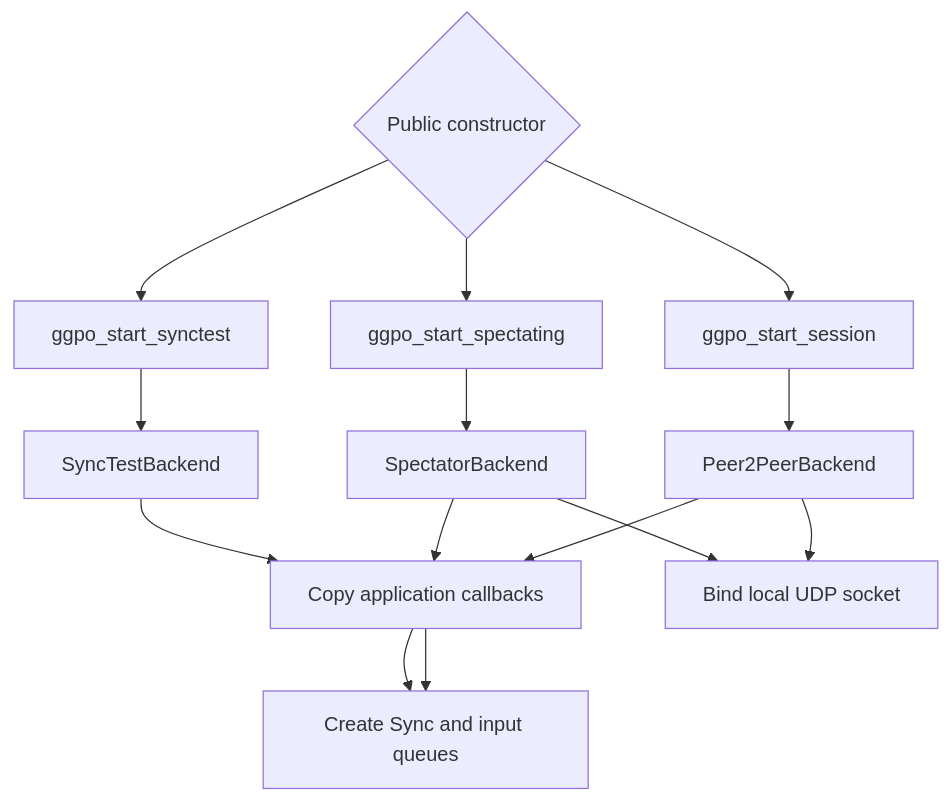
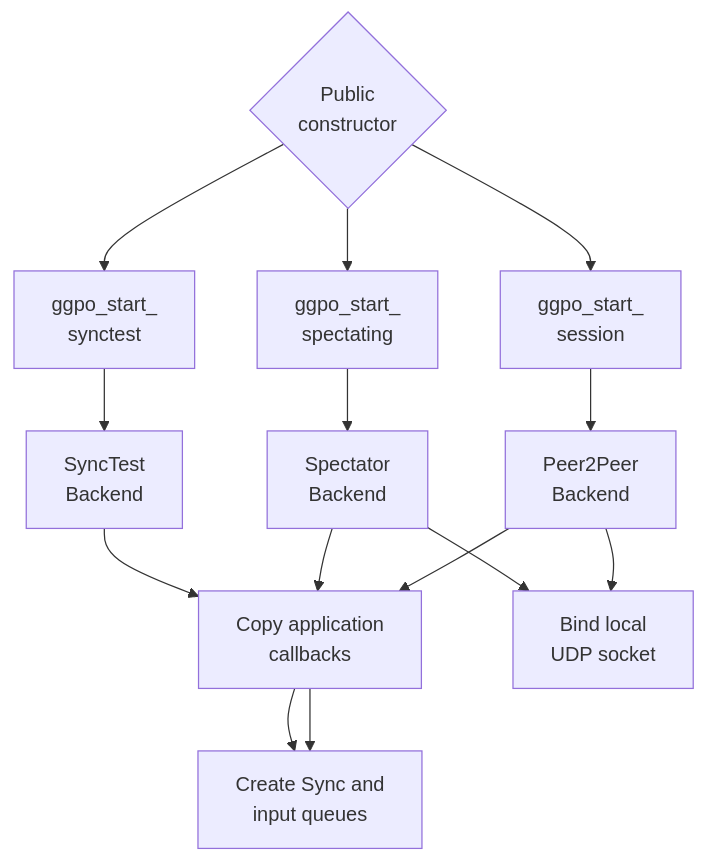
One commit to irregularthanis/ggpo-next changed the first of 3 diagrams in doc/architecture/Runtime.md. Above: the diagram before and after it, drawn with Mermaid. The commit also changed other lines of this file and 9 other files, not shown here.

Commit message:
docs: wrap Mermaid diagram labels

````diff
--- a/doc/architecture/Runtime.md
+++ b/doc/architecture/Runtime.md
@@ -31,22 +31,22 @@
 ```mermaid
 flowchart TD
-    Start{"Public constructor"}
-    P2P["ggpo_start_session"]
-    Spectate["ggpo_start_spectating"]
-    Test["ggpo_start_synctest"]
-    P2PBackend["Peer2PeerBackend"]
-    SpectatorBackend["SpectatorBackend"]
-    SyncTestBackend["SyncTestBackend"]
-    Callbacks["Copy application callbacks"]
-    Queues["Create Sync and input queues"]
-    Socket["Bind local UDP socket"]
+    Start{"Public<br/>constructor"}
+    P2P["ggpo_start_<br/>session"]
+    Spectate["ggpo_start_<br/>spectating"]
+    Test["ggpo_start_<br/>synctest"]
+    P2PBackend["Peer2Peer<br/>Backend"]
+    SpectatorBackend["Spectator<br/>Backend"]
+    SyncTestBackend["SyncTest<br/>Backend"]
+    Callbacks["Copy application<br/>callbacks"]
+    Queues["Create Sync and<br/>input queues"]
+    Socket["Bind local<br/>UDP socket"]
 
     Start --> P2P --> P2PBackend
     Start --> Spectate --> SpectatorBackend
     Start --> Test --> SyncTestBackend
     P2PBackend --> Callbacks --> Queues
     P2PBackend --> Socket
     SpectatorBackend --> Callbacks
     SpectatorBackend --> Socket
     SyncTestBackend --> Callbacks --> Queues
 ```
````
